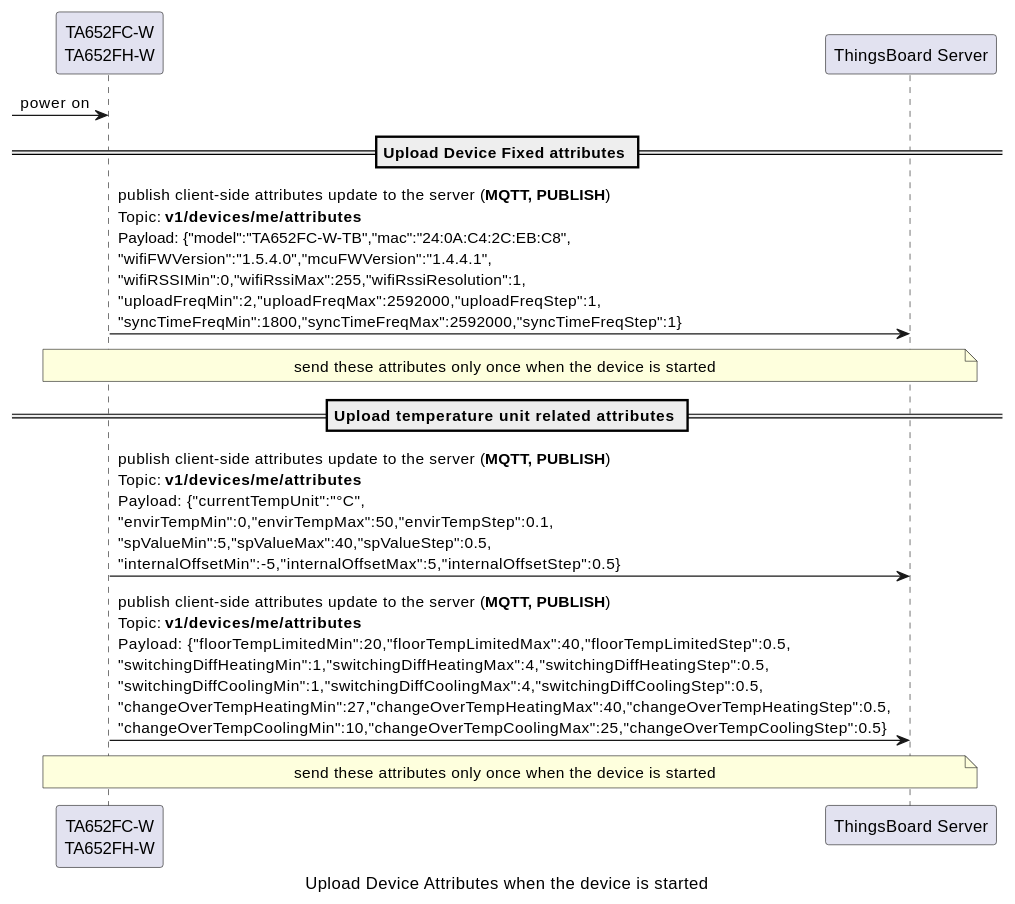
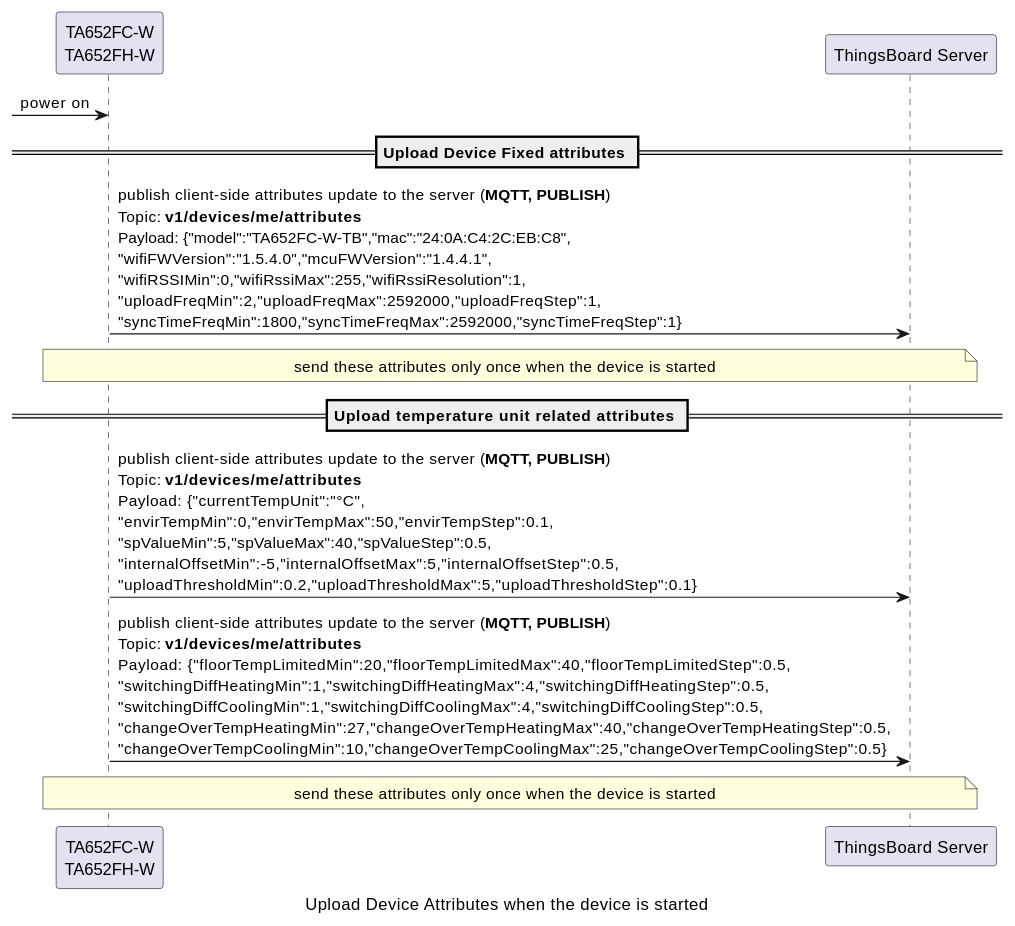
Before and after one commit to avantec-iot/avantec-thingsboard: the ninth of 17 diagrams in docs/device/ta652fc-w/ta652fc-w-mqtt-api.rst, drawn with PlantUML. The commit also changed other lines of this file and 1 other file, not shown here.

Commit message:
add a shared attribute - uploadFreshold for TA652FC-W-TB

```diff
--- a/docs/device/ta652fc-w/ta652fc-w-mqtt-api.rst
+++ b/docs/device/ta652fc-w/ta652fc-w-mqtt-api.rst
@@ -401,23 +409,23 @@
   .. uml::
 
     caption  Upload Device Attributes when the device is started
 
     participant "TA652FC-W\nTA652FH-W" as TBDev order 10
     participant "ThingsBoard Server"  as TBSrv order 20 
 
     [-> TBDev : power on
 
     == Upload  Device Fixed attributes ==
     TBDev  ->  TBSrv: publish client-side attributes update to the server (**MQTT, PUBLISH**) \nTopic: **v1/devices/me/attributes** \nPayload: {"model":"TA652FC-W-TB","mac":"24:0A:C4:2C:EB:C8",\n"wifiFWVersion":"1.5.4.0","mcuFWVersion":"1.4.4.1",\n"wifiRSSIMin":0,"wifiRssiMax":255,"wifiRssiResolution":1,\n"uploadFreqMin":2,"uploadFreqMax":2592000,"uploadFreqStep":1,\n"syncTimeFreqMin":1800,"syncTimeFreqMax":2592000,"syncTimeFreqStep":1}
 
     note over TBDev, TBSrv
     send these attributes only once when the device is started
     end note
 
     == Upload  temperature unit related attributes ==
-    TBDev  ->  TBSrv: publish client-side attributes update to the server (**MQTT, PUBLISH**) \nTopic: **v1/devices/me/attributes** \nPayload: {"currentTempUnit":"°C",\n"envirTempMin":0,"envirTempMax":50,"envirTempStep":0.1,\n"spValueMin":5,"spValueMax":40,"spValueStep":0.5,\n"internalOffsetMin":-5,"internalOffsetMax":5,"internalOffsetStep":0.5}
+    TBDev  ->  TBSrv: publish client-side attributes update to the server (**MQTT, PUBLISH**) \nTopic: **v1/devices/me/attributes** \nPayload: {"currentTempUnit":"°C",\n"envirTempMin":0,"envirTempMax":50,"envirTempStep":0.1,\n"spValueMin":5,"spValueMax":40,"spValueStep":0.5,\n"internalOffsetMin":-5,"internalOffsetMax":5,"internalOffsetStep":0.5,\n"uploadThresholdMin":0.2,"uploadThresholdMax":5,"uploadThresholdStep":0.1}
     TBDev  ->  TBSrv: publish client-side attributes update to the server (**MQTT, PUBLISH**) \nTopic: **v1/devices/me/attributes** \nPayload: {"floorTempLimitedMin":20,"floorTempLimitedMax":40,"floorTempLimitedStep":0.5,\n"switchingDiffHeatingMin":1,"switchingDiffHeatingMax":4,"switchingDiffHeatingStep":0.5,\n"switchingDiffCoolingMin":1,"switchingDiffCoolingMax":4,"switchingDiffCoolingStep":0.5,\n"changeOverTempHeatingMin":27,"changeOverTempHeatingMax":40,"changeOverTempHeatingStep":0.5,\n"changeOverTempCoolingMin":10,"changeOverTempCoolingMax":25,"changeOverTempCoolingStep":0.5}
 
     note over TBDev, TBSrv
     send these attributes only once when the device is started
     end note
```
